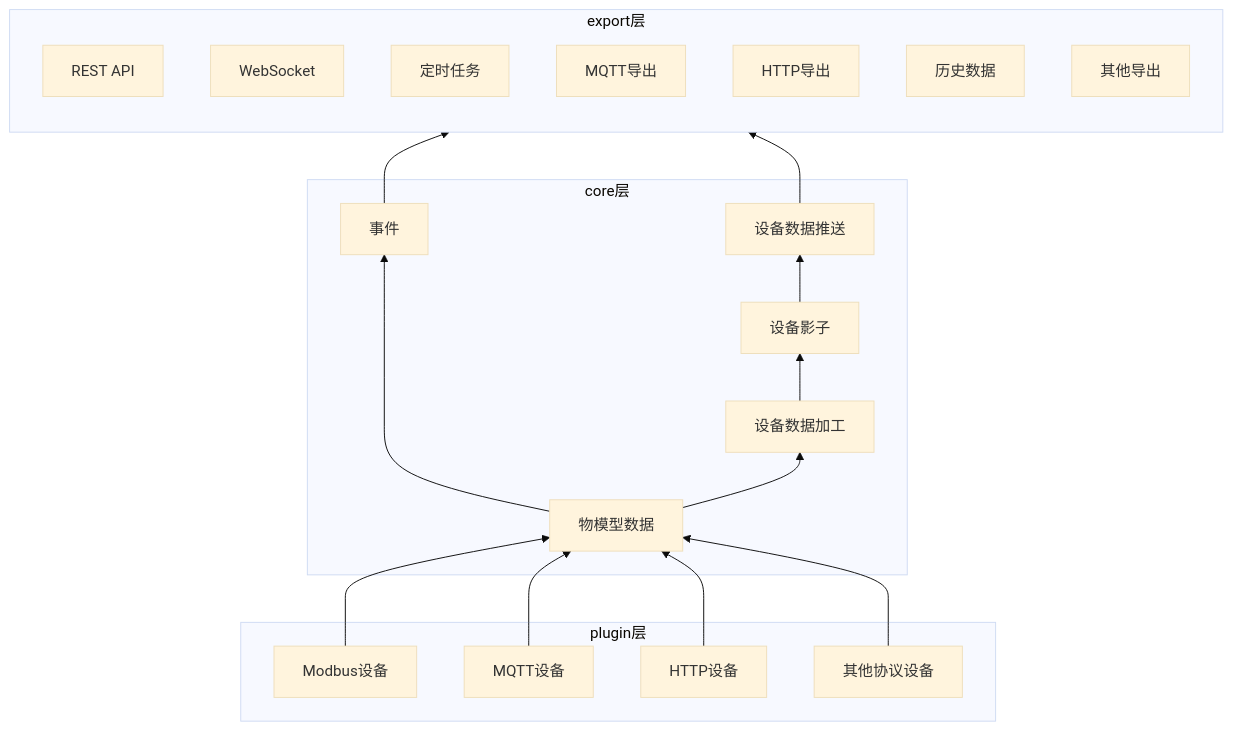
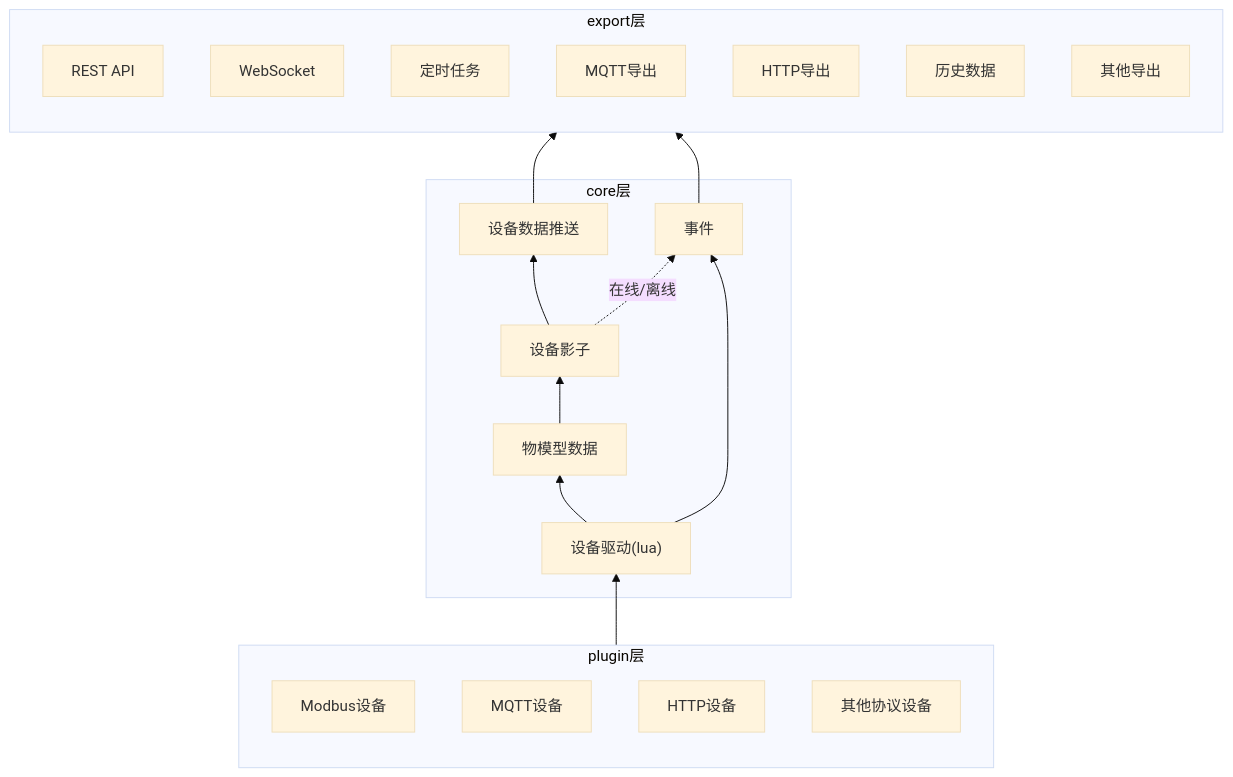
Before and after one commit to ibuilding-X/driver-box: the first of 2 diagrams in pages/src/content/docs/concepts/architecture.mdx, drawn with Mermaid (base theme).

Commit message:
docs(architecture): 更新架构图中的组件标签和连接关系
- 将设备数据加工重命名为物模型数据
- 将物模型数据重命名为设备驱动(lua)
- 修改plugin层的子图定义格式
- 简化插件层到设备驱动的连接关系
- 添加设备影子到事件的在线/离线状态连接
- 移除重复的设备驱动到事件的直接连接

````diff
--- a/pages/src/content/docs/concepts/architecture.mdx
+++ b/pages/src/content/docs/concepts/architecture.mdx
@@ -27,41 +27,39 @@
 ```mermaid
 graph BT
     subgraph exportlayer["export层"]
         REST[REST API]
         WebSocket[WebSocket]
         Scheduled[定时任务]
         MQTT_Export[MQTT导出]
         HTTP_Export[HTTP导出]
         History[历史数据]
         OtherExp[其他导出]
     end
 
     subgraph "core层"
-        PointConvert[设备数据加工]
+        PointConvert[物模型数据]
         Shadow[设备影子]
         ExportTo[设备数据推送]
         OnEvent[事件]
-        DeviceDriver[物模型数据]
+        DeviceDriver["设备驱动(lua)"]
     end
 
-    subgraph "plugin层"
+    subgraph plugin["plugin层"]
 
         Modbus[Modbus设备]
         MQTT[MQTT设备]
         HTTP[HTTP设备]
         OtherDev[其他协议设备]
     end
 
-    Modbus --> DeviceDriver
-    MQTT --> DeviceDriver
-    HTTP --> DeviceDriver
-    OtherDev --> DeviceDriver
+    plugin --> DeviceDriver
 
     DeviceDriver --> PointConvert
     PointConvert --> Shadow
     Shadow --> ExportTo
+    Shadow -."在线/离线".-> OnEvent
     DeviceDriver --> OnEvent
 
     OnEvent --> exportlayer
     ExportTo --> exportlayer
 ```
````
